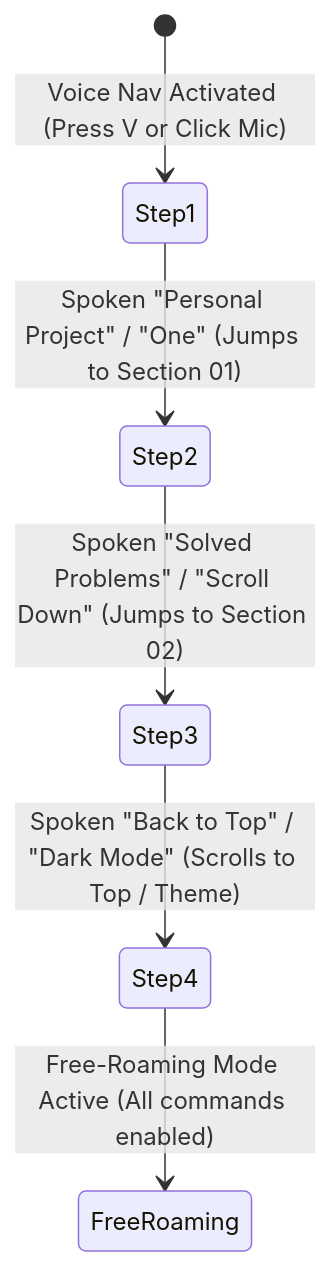
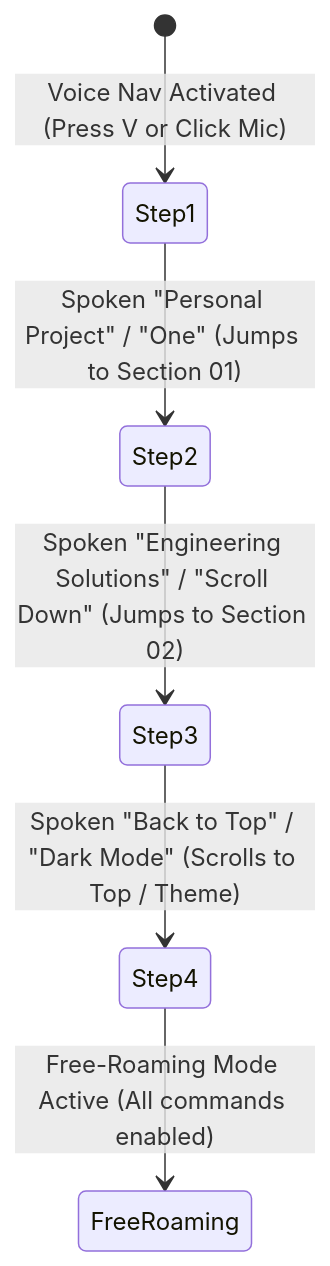
Before and after one commit to amirf147/amirf147.github.io: the diagram in VOICE_NAVIGATION.md, drawn with Mermaid. The commit also changed other lines of this file and 2 other files, not shown here.

Commit message:
refactor: rename Solved Problems to Engineering Solutions throughout documentation, UI, and accessibility labels, and initialize core Voice Navigation module.

````diff
--- a/VOICE_NAVIGATION.md
+++ b/VOICE_NAVIGATION.md
@@ -42,8 +42,8 @@
 ```mermaid
 stateDiagram-v2
     [*] --> Step1: Voice Nav Activated (Press V or Click Mic)
     Step1 --> Step2: Spoken "Personal Project" / "One" (Jumps to Section 01)
-    Step2 --> Step3: Spoken "Solved Problems" / "Scroll Down" (Jumps to Section 02)
+    Step2 --> Step3: Spoken "Engineering Solutions" / "Scroll Down" (Jumps to Section 02)
     Step3 --> Step4: Spoken "Back to Top" / "Dark Mode" (Scrolls to Top / Theme)
     Step4 --> FreeRoaming: Free-Roaming Mode Active (All commands enabled)
 ```
````
